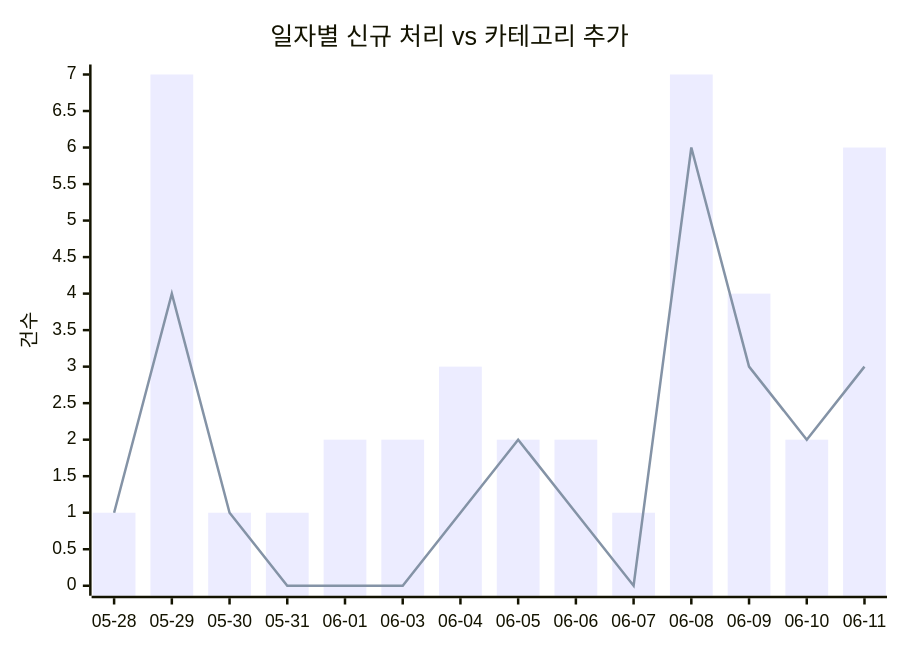
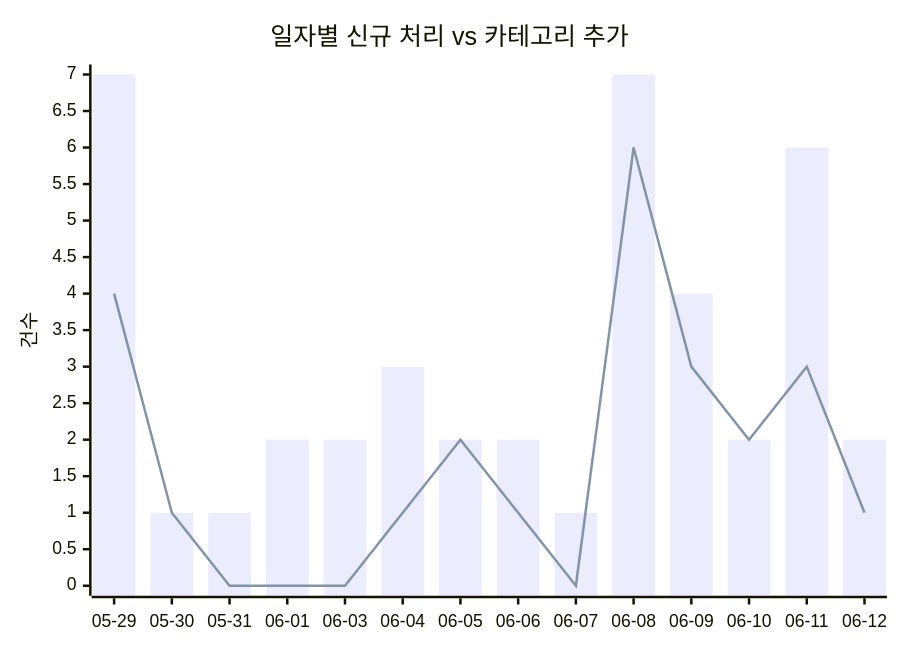
Before and after one commit to J-nowcow/awesome-korean-agent-skills: the first of 2 diagrams in docs/trends.md, drawn with Mermaid. The commit also changed other lines of this file and 4 other files, not shown here.

````diff
--- a/docs/trends.md
+++ b/docs/trends.md
@@ -32,8 +32,8 @@
 ```mermaid
 xychart-beta
     title "일자별 신규 처리 vs 카테고리 추가"
-    x-axis ["05-28","05-29","05-30","05-31","06-01","06-03","06-04","06-05","06-06","06-07","06-08","06-09","06-10","06-11"]
+    x-axis ["05-29","05-30","05-31","06-01","06-03","06-04","06-05","06-06","06-07","06-08","06-09","06-10","06-11","06-12"]
     y-axis "건수"
-    bar [1,7,1,1,2,2,3,2,2,1,7,4,2,6]
-    line [1,4,1,0,0,0,1,2,1,0,6,3,2,3]
+    bar [7,1,1,2,2,3,2,2,1,7,4,2,6,2]
+    line [4,1,0,0,0,1,2,1,0,6,3,2,3,1]
 ```
````
